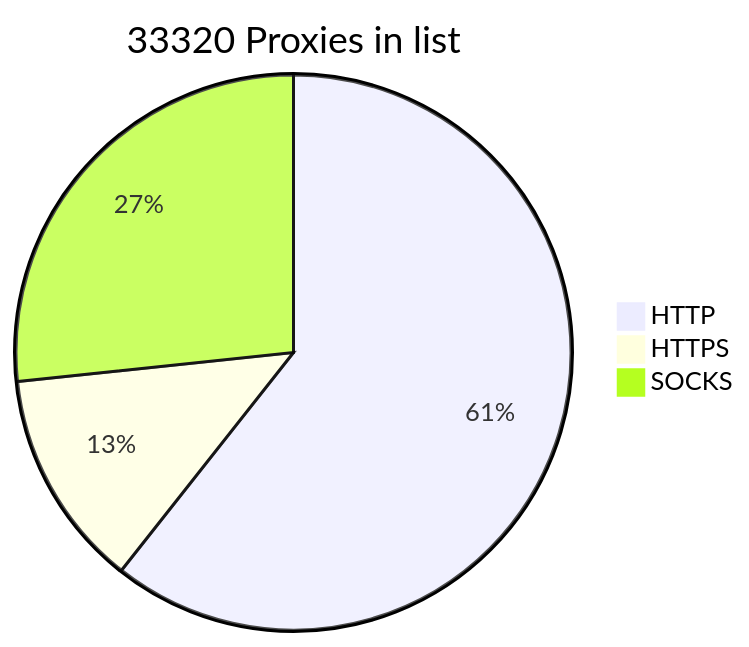
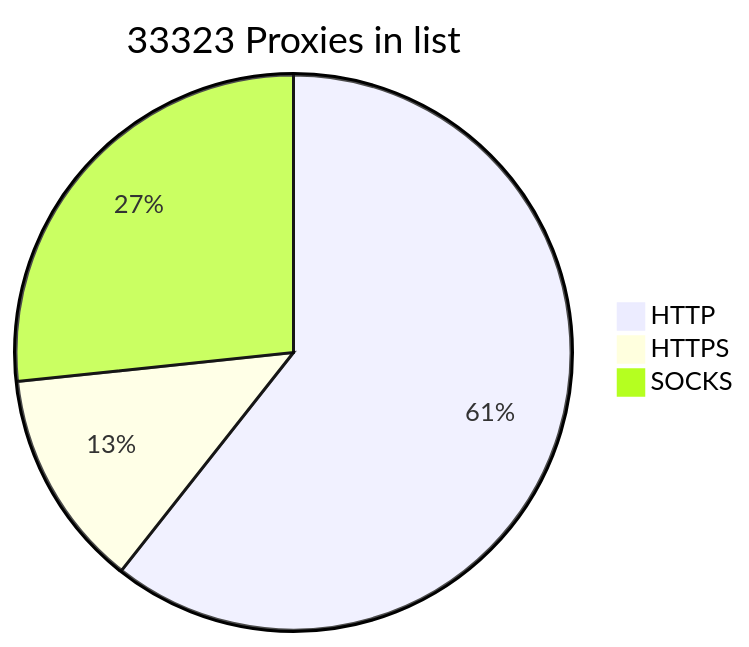
Before and after one commit to BlackSnowDot/proxylist-update-every-minute: the diagram in README.md, drawn with Mermaid.

````diff
--- a/README.md
+++ b/README.md
@@ -2,6 +2,6 @@
 ```mermaid
-pie title 33320 Proxies in list
-    "HTTP" : 22364
-    "HTTPS": 4682
-    "SOCKS" : 9835
+pie title 33323 Proxies in list
+    "HTTP" : 22366
+    "HTTPS": 4687
+    "SOCKS" : 9836
 ```
````
